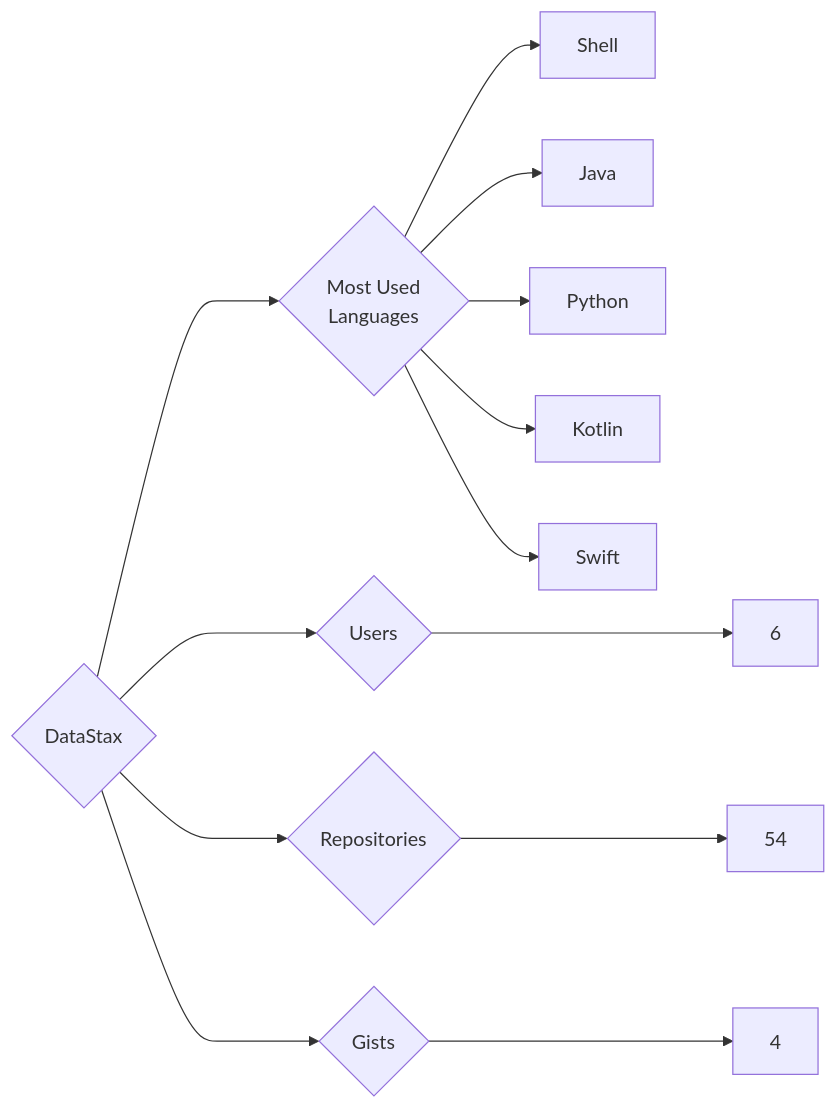
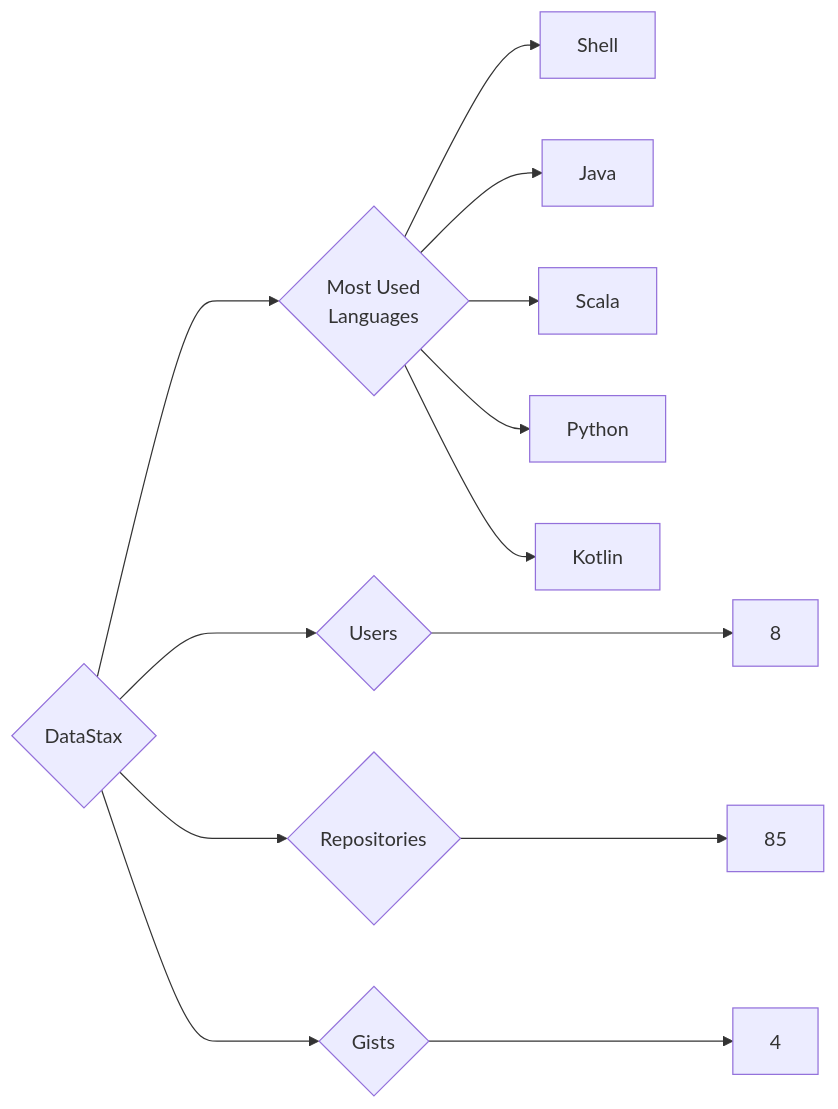
One commit to trickest/insiders changed the diagram in targets/DataStax/README.md. Above: the diagram before and after it, drawn with Mermaid. The commit also changed 997 other files, not shown here.

````diff
--- a/targets/DataStax/README.md
+++ b/targets/DataStax/README.md
@@ -3,13 +3,13 @@
 ```mermaid
 graph LR
 COMPANY_NAME{DataStax}
-COMPANY_NAME ---> U{Users} ---> UN[6]
-COMPANY_NAME ---> R{Repositories} ---> RN[54]
+COMPANY_NAME ---> U{Users} ---> UN[8]
+COMPANY_NAME ---> R{Repositories} ---> RN[85]
 COMPANY_NAME ---> G{Gists} ---> GN[4]
 COMPANY_NAME ---> ML{Most Used<br>Languages}
 ML --> Shell[Shell]
 ML --> Java[Java]
+ML --> Scala[Scala]
 ML --> Python[Python]
 ML --> Kotlin[Kotlin]
-ML --> Swift[Swift]
 ```
````
